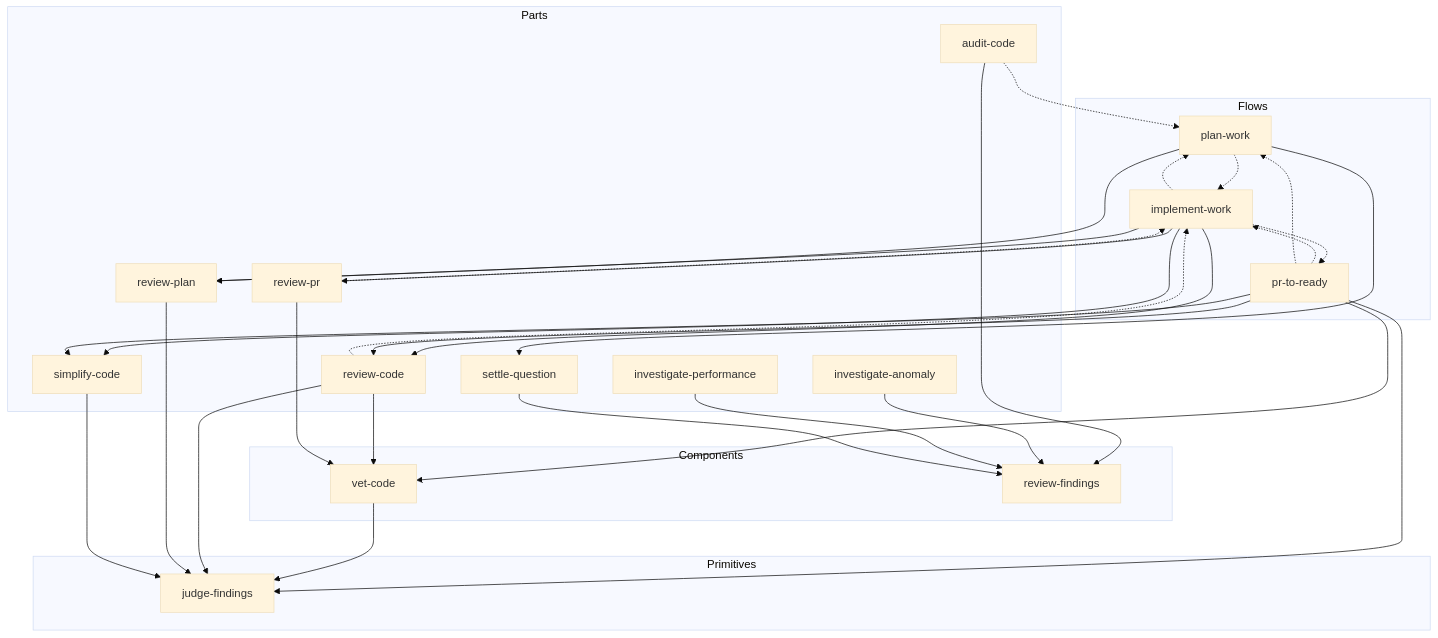
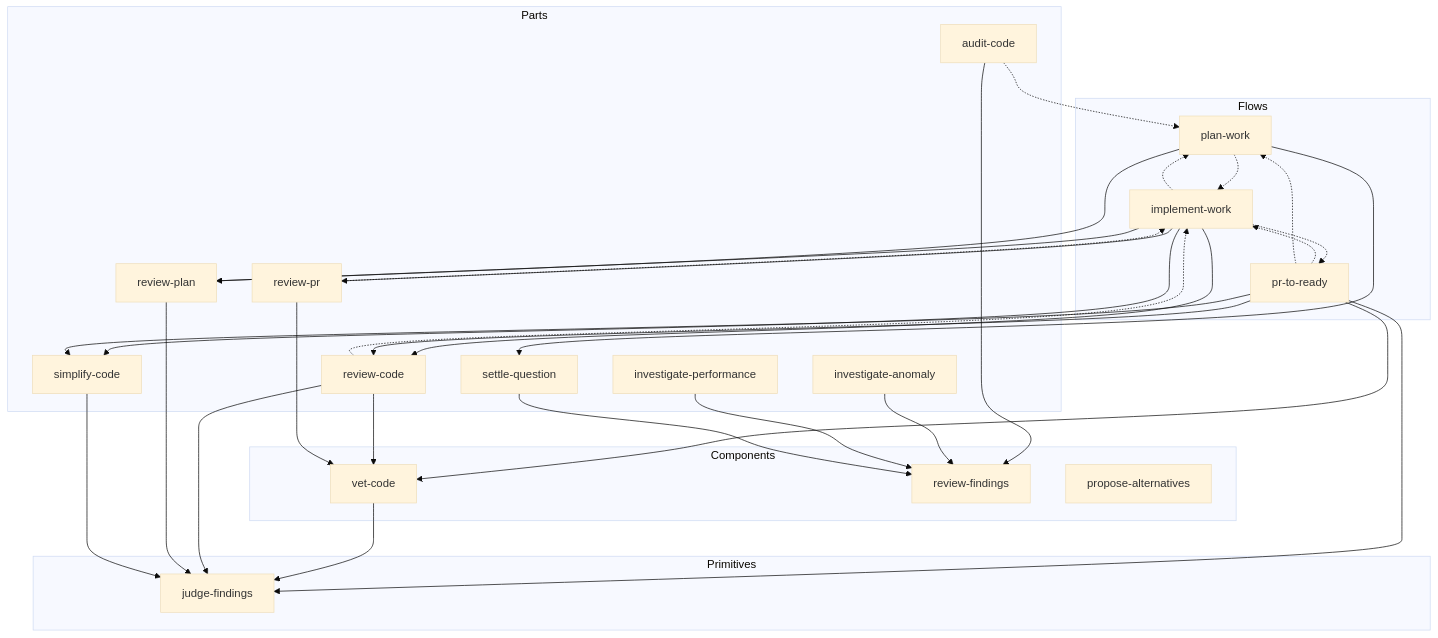
One commit to yowcow/dude changed the first of 2 diagrams in README.md. Above: the diagram before and after it, drawn with Mermaid (base theme). The commit also changed other lines of this file and 3 other files, not shown here.

First line of the commit message:
propose-alternatives: 目的だけの別案を返す component 層の skill を新設する

````diff
--- a/README.md
+++ b/README.md
@@ -37,55 +38,56 @@
 ```mermaid
 flowchart TB
   subgraph Flows
     plan-work
     implement-work
     pr-to-ready
   end
   subgraph Parts
     review-code
     review-plan
     simplify-code
     review-pr
     audit-code
     settle-question
     investigate-anomaly
     investigate-performance
   end
   subgraph Components
     vet-code
     review-findings
+    propose-alternatives
   end
   subgraph Primitives
     judge-findings
   end
 
   plan-work -.-> implement-work
   implement-work -.-> plan-work
   implement-work -.-> pr-to-ready
   pr-to-ready -.-> implement-work
   pr-to-ready -.-> plan-work
   review-code -.-> implement-work
   review-pr -.-> implement-work
   audit-code -.-> plan-work
 
   plan-work --> review-plan
   plan-work --> settle-question
   implement-work --> review-code
   implement-work --> review-plan
   implement-work --> review-pr
   implement-work --> simplify-code
   pr-to-ready --> review-code
   pr-to-ready --> simplify-code
   pr-to-ready --> vet-code
   pr-to-ready --> judge-findings
   audit-code --> review-findings
   investigate-anomaly --> review-findings
   investigate-performance --> review-findings
   settle-question --> review-findings
   review-code --> vet-code
   review-pr --> vet-code
   vet-code --> judge-findings
   review-code --> judge-findings
   review-plan --> judge-findings
   simplify-code --> judge-findings
 ```
````
